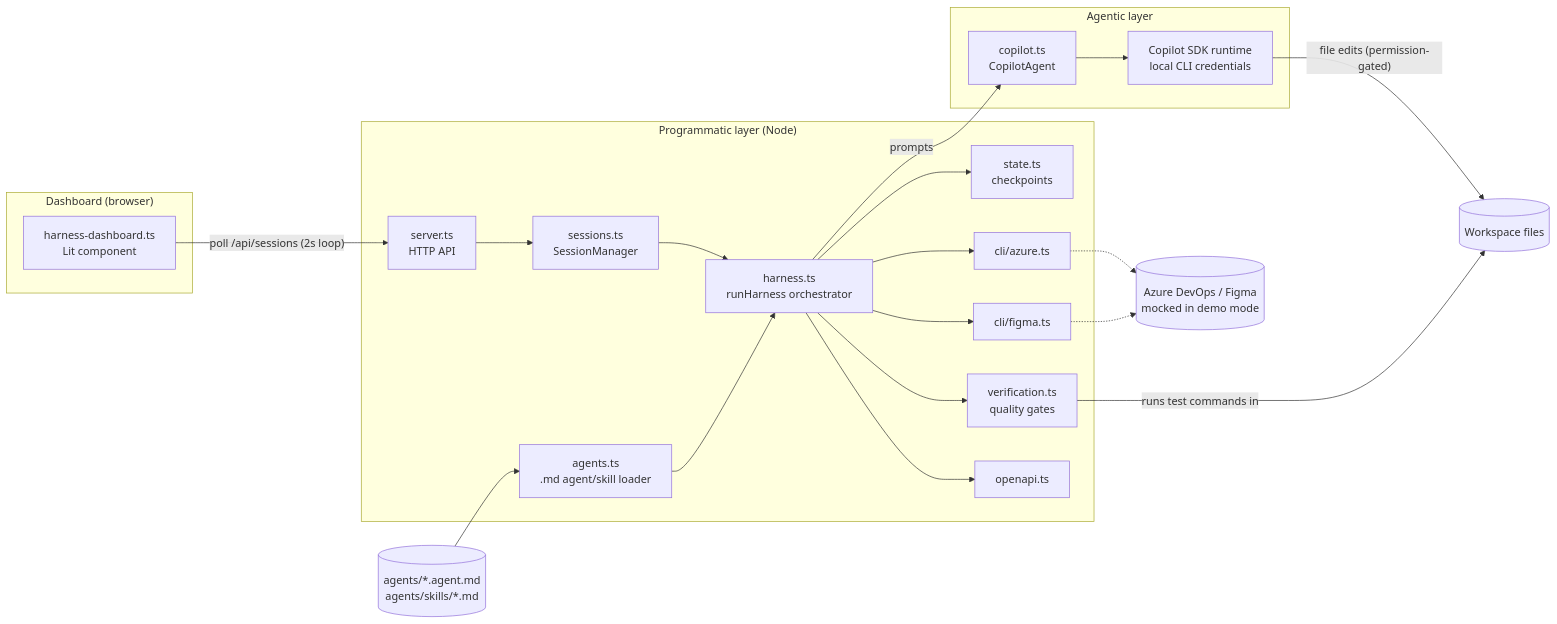
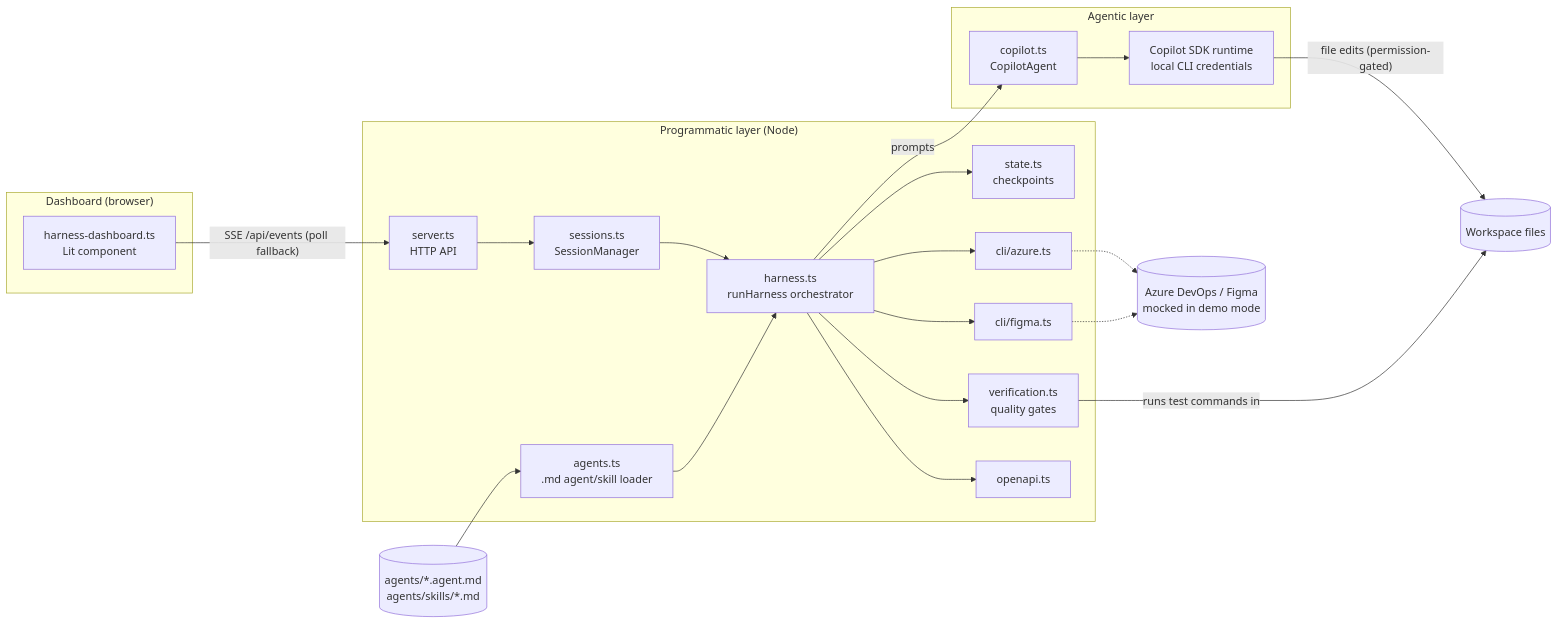
One commit to imyesobo/web-dev-harness changed the first of 3 diagrams in docs/architecture.md. Above: the diagram before and after it, drawn with Mermaid. The commit also changed 5 other files, not shown here.

````diff
--- a/docs/architecture.md
+++ b/docs/architecture.md
@@ -21,35 +21,35 @@
 ```mermaid
 flowchart LR
     subgraph UI["Dashboard (browser)"]
         HD[harness-dashboard.ts<br/>Lit component]
     end
     subgraph Server["Programmatic layer (Node)"]
         SRV[server.ts<br/>HTTP API]
         SM[sessions.ts<br/>SessionManager]
         RH[harness.ts<br/>runHarness orchestrator]
         AG[agents.ts<br/>.md agent/skill loader]
         ST[state.ts<br/>checkpoints]
         VF[verification.ts<br/>quality gates]
         AZ[cli/azure.ts]
         FG[cli/figma.ts]
         OA[openapi.ts]
     end
     subgraph Agent["Agentic layer"]
         CA[copilot.ts<br/>CopilotAgent]
         SDK[Copilot SDK runtime<br/>local CLI credentials]
     end
     MD[(agents/*.agent.md<br/>agents/skills/*.md)]
     WS[(Workspace files)]
     EXT[(Azure DevOps / Figma<br/>mocked in demo mode)]
 
-    HD -- "poll /api/sessions (2s loop)" --> SRV
+    HD -- "SSE /api/events (poll fallback)" --> SRV
     SRV --> SM --> RH
     MD --> AG --> RH
     RH --> ST
     RH --> VF
     RH --> AZ & FG & OA
     AZ & FG -.-> EXT
     RH -- "prompts" --> CA --> SDK
     SDK -- "file edits (permission-gated)" --> WS
     VF -- "runs test commands in" --> WS
 ```
````
